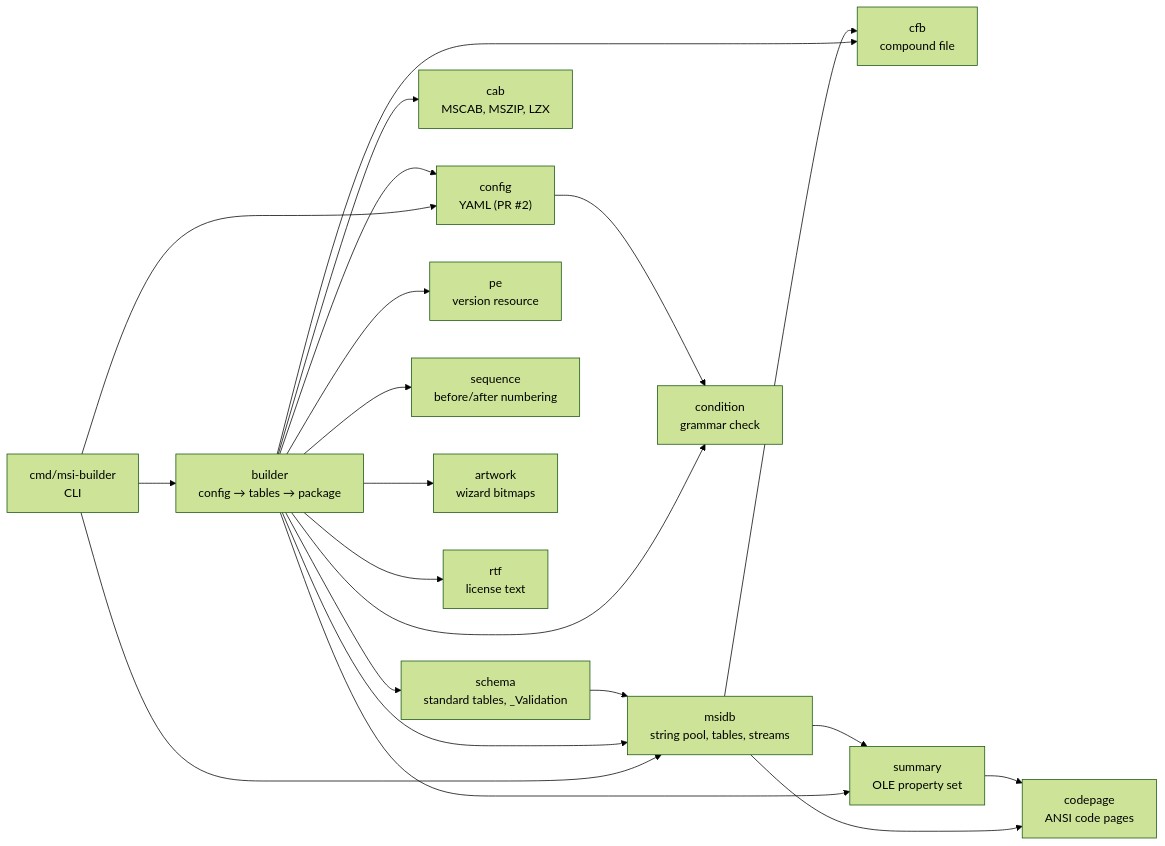
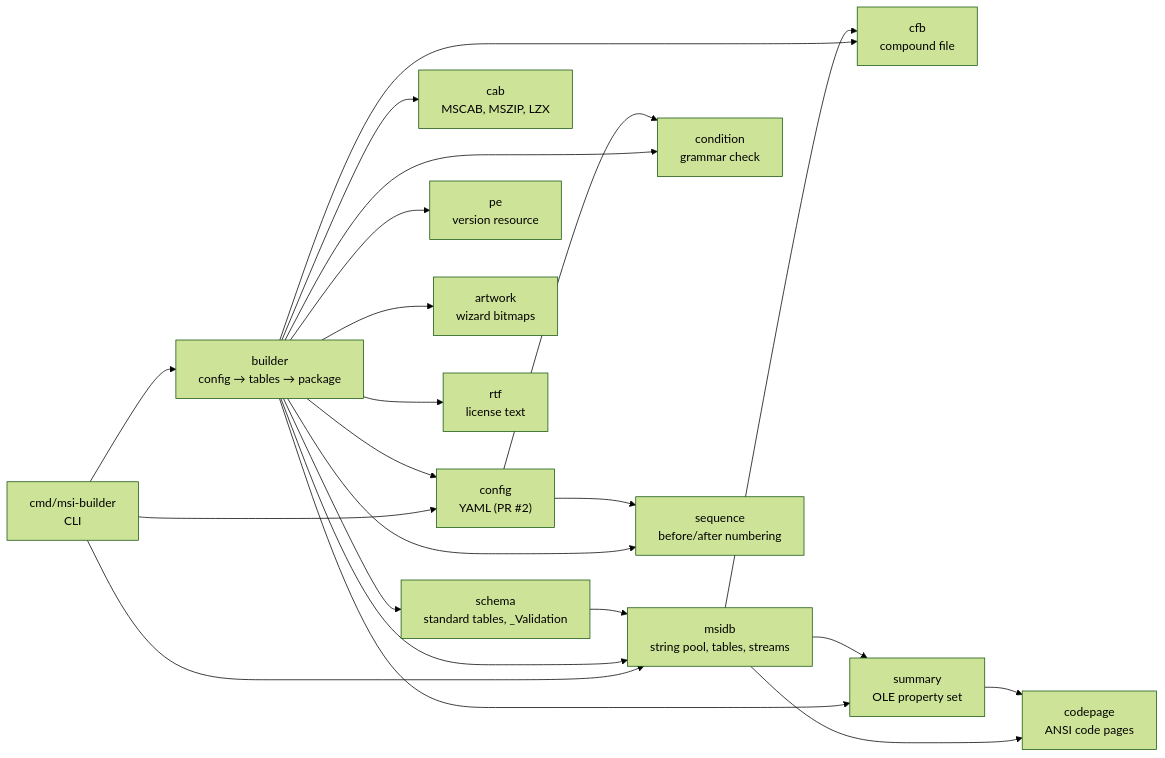
Before and after one commit to jkroepke/msi-builder: the diagram in docs/design/architecture.md, drawn with Mermaid (forest theme). The commit also changed other lines of this file and 9 other files, not shown here.

Commit message:
fix: number sequences in linear time and report schedule conflicts in validate (#190)

````diff
--- a/docs/design/architecture.md
+++ b/docs/design/architecture.md
@@ -25,31 +25,32 @@
 ```mermaid
 flowchart LR
     cmd["cmd/msi-builder<br/>CLI"] --> builder
     cmd --> config
     cmd --> msidb
     builder["builder<br/>config → tables → package"] --> config
     builder --> msidb
     builder --> cab
     builder --> cfb
     builder --> schema
     builder --> pe
     builder --> condition
     builder --> sequence
     builder --> summary
     builder --> artwork
     builder --> rtf
     msidb["msidb<br/>string pool, tables, streams"] --> cfb
     msidb --> summary
     msidb --> codepage
     summary["summary<br/>OLE property set"] --> codepage
     codepage["codepage<br/>ANSI code pages"]
     artwork["artwork<br/>wizard bitmaps"]
     rtf["rtf<br/>license text"]
     cfb["cfb<br/>compound file"]
     cab["cab<br/>MSCAB, MSZIP, LZX"]
     schema["schema<br/>standard tables, _Validation"] --> msidb
     pe["pe<br/>version resource"]
     condition["condition<br/>grammar check"]
     sequence["sequence<br/>before/after numbering"]
     config["config<br/>YAML (PR #2)"] --> condition
+    config --> sequence
 ```
````
